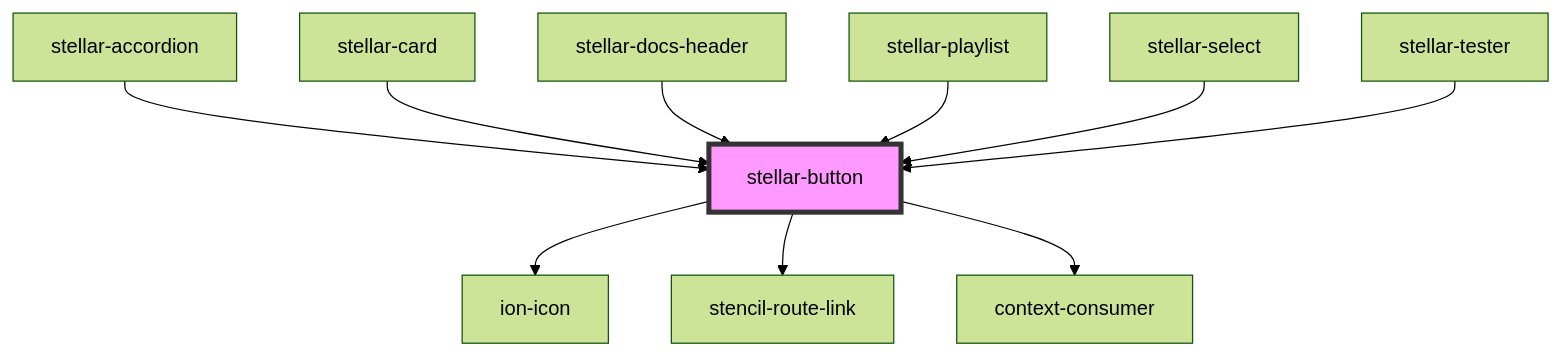
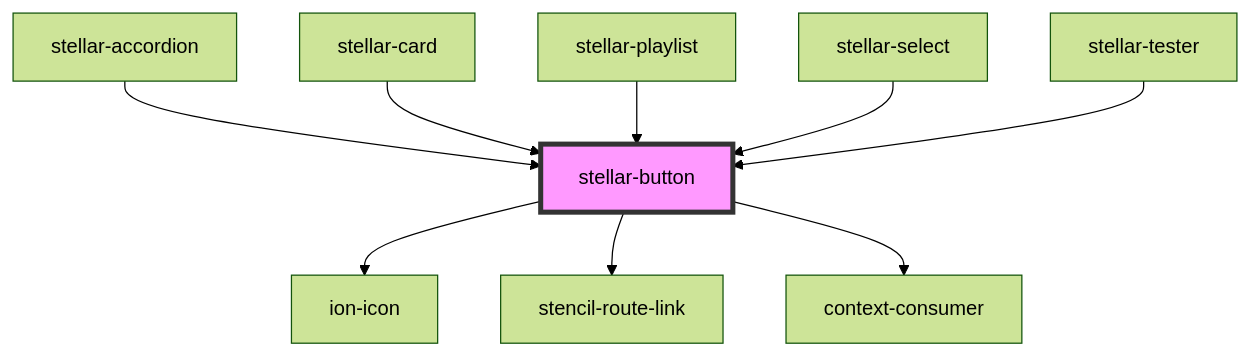
The diagram in src/components/forms/button/readme.md (splitinfinities/Stellar), drawn with Mermaid (forest theme) before and after one commit. The commit also changed other lines of this file and 58 other files, not shown here.

````diff
--- a/src/components/forms/button/readme.md
+++ b/src/components/forms/button/readme.md
@@ -82,13 +81,12 @@
 ```mermaid
 graph TD;
   stellar-button --> ion-icon
   stellar-button --> stencil-route-link
   stellar-button --> context-consumer
   stellar-accordion --> stellar-button
   stellar-card --> stellar-button
-  stellar-docs-header --> stellar-button
   stellar-playlist --> stellar-button
   stellar-select --> stellar-button
   stellar-tester --> stellar-button
   style stellar-button fill:#f9f,stroke:#333,stroke-width:4px
 ```
````
